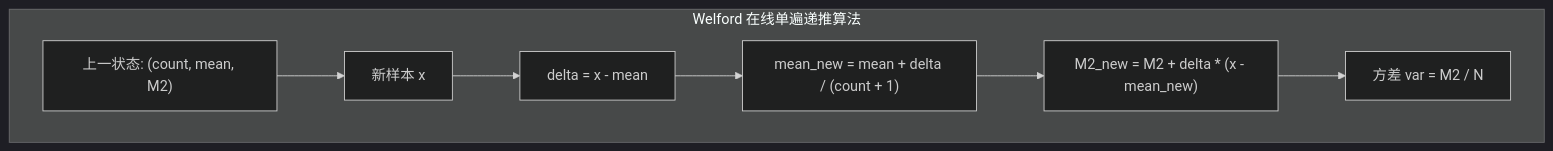
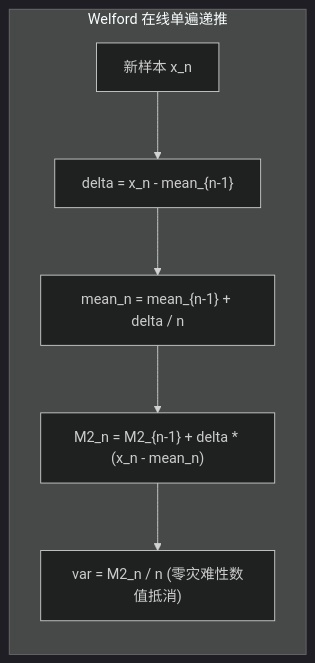
Before and after one commit to hsthanb4/hpclearning: the second of 2 diagrams in cuda/lesson05_layernorm.qmd, drawn with Mermaid (dark theme). The commit also changed other lines of this file and 89 other files, not shown here.

Commit message:
style(docs): relocate images and diagrams adjacent to their textual references across all lessons

````diff
--- a/cuda/lesson05_layernorm.qmd
+++ b/cuda/lesson05_layernorm.qmd
@@ -30,10 +85,10 @@
 ```{mermaid}
-flowchart TD
-    subgraph Welford["Welford 在线单遍递推算法"]
-        Old["上一状态: (count, mean, M2)"] --> In["新样本 x"]
-        In --> Delta["delta = x - mean"]
-        Delta --> UpdateMean["mean_new = mean + delta / (count + 1)"]
-        UpdateMean --> UpdateM2["M2_new = M2 + delta * (x - mean_new)"]
-        UpdateM2 --> Var["方差 var = M2 / N"]
+flowchart LR
+    subgraph Welford_Flow["Welford 在线单遍递推"]
+        direction TB
+        X["新样本 x_n"] --> Delta["delta = x_n - mean_{n-1}"]
+        Delta --> Mean["mean_n = mean_{n-1} + delta / n"]
+        Mean --> M2["M2_n = M2_{n-1} + delta * (x_n - mean_n)"]
+        M2 --> Var["var = M2_n / n (零灾难性数值抵消)"]
     end
 ```
````
